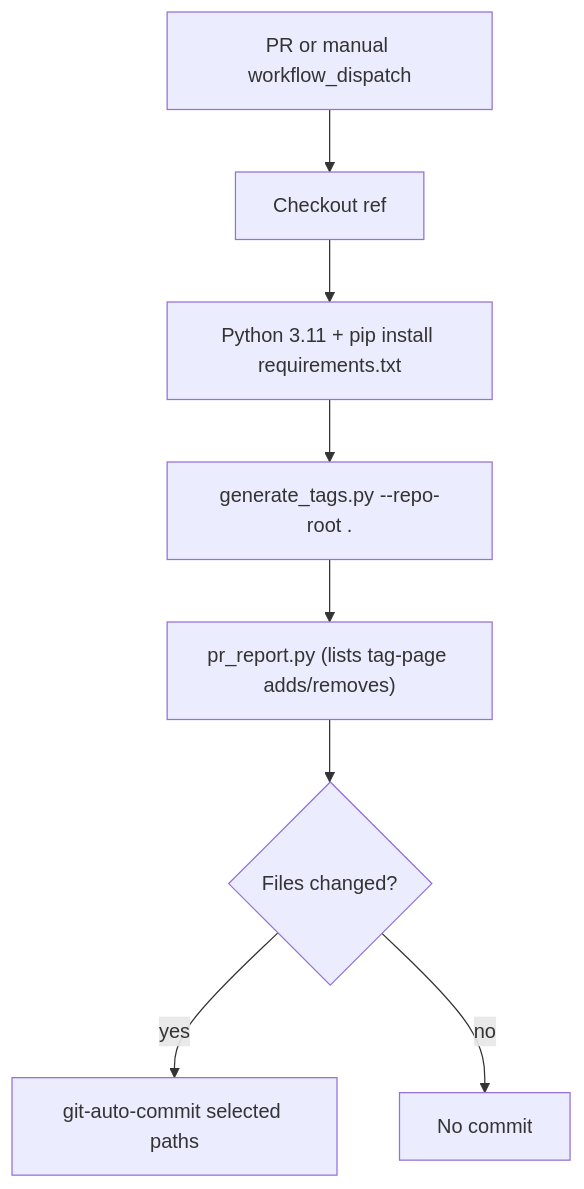
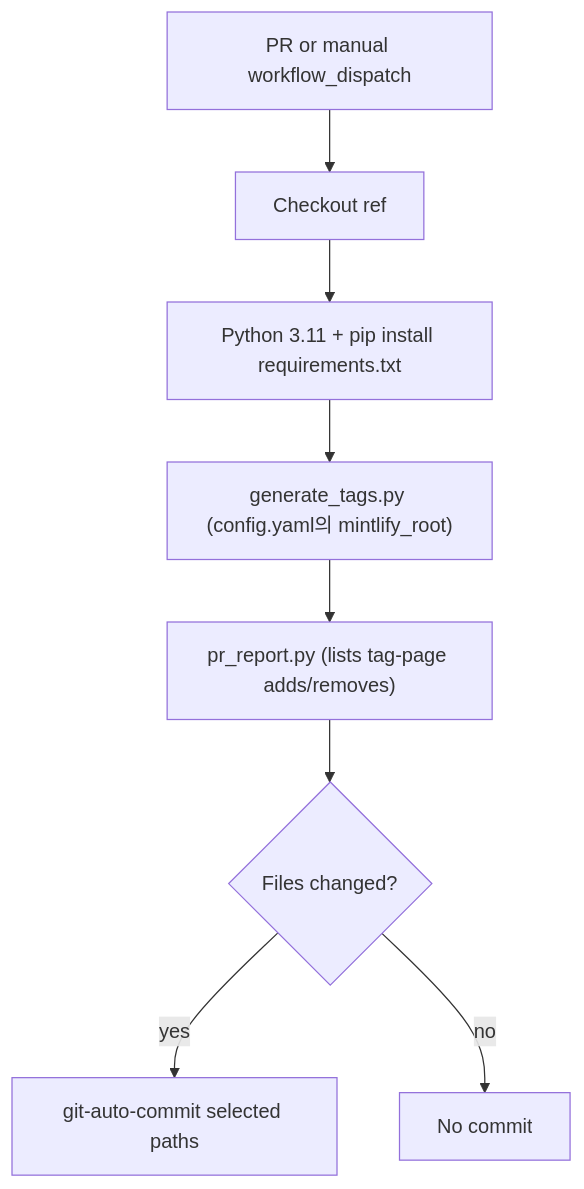
One commit to wandb/docs changed the second of 4 diagrams in ko/scripts/knowledgebase-nav/Architecture.md. Above: the diagram before and after it, drawn with Mermaid. The commit also changed other lines of this file and 3 other files, not shown here.

````diff
--- a/ko/scripts/knowledgebase-nav/Architecture.md
+++ b/ko/scripts/knowledgebase-nav/Architecture.md
@@ -53,10 +53,10 @@
 ```mermaid
 flowchart TD
   A[PR or manual workflow_dispatch] --> B[Checkout ref]
   B --> C[Python 3.11 + pip install requirements.txt]
-  C --> D["generate_tags.py --repo-root ."]
+  C --> D["generate_tags.py (config.yaml의 mintlify_root)"]
   D --> R["pr_report.py (lists tag-page adds/removes)"]
   R --> E{Files changed?}
   E -->|yes| F[git-auto-commit selected paths]
   E -->|no| G[No commit]
 ```
````
